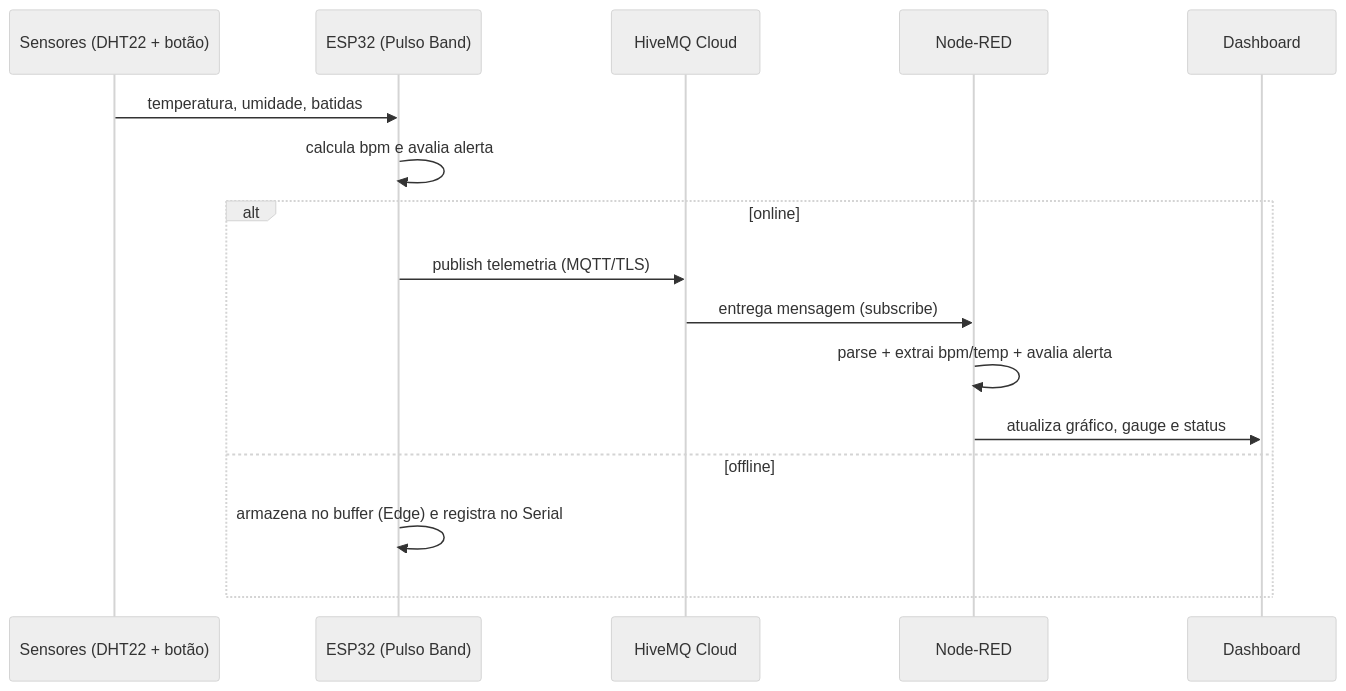
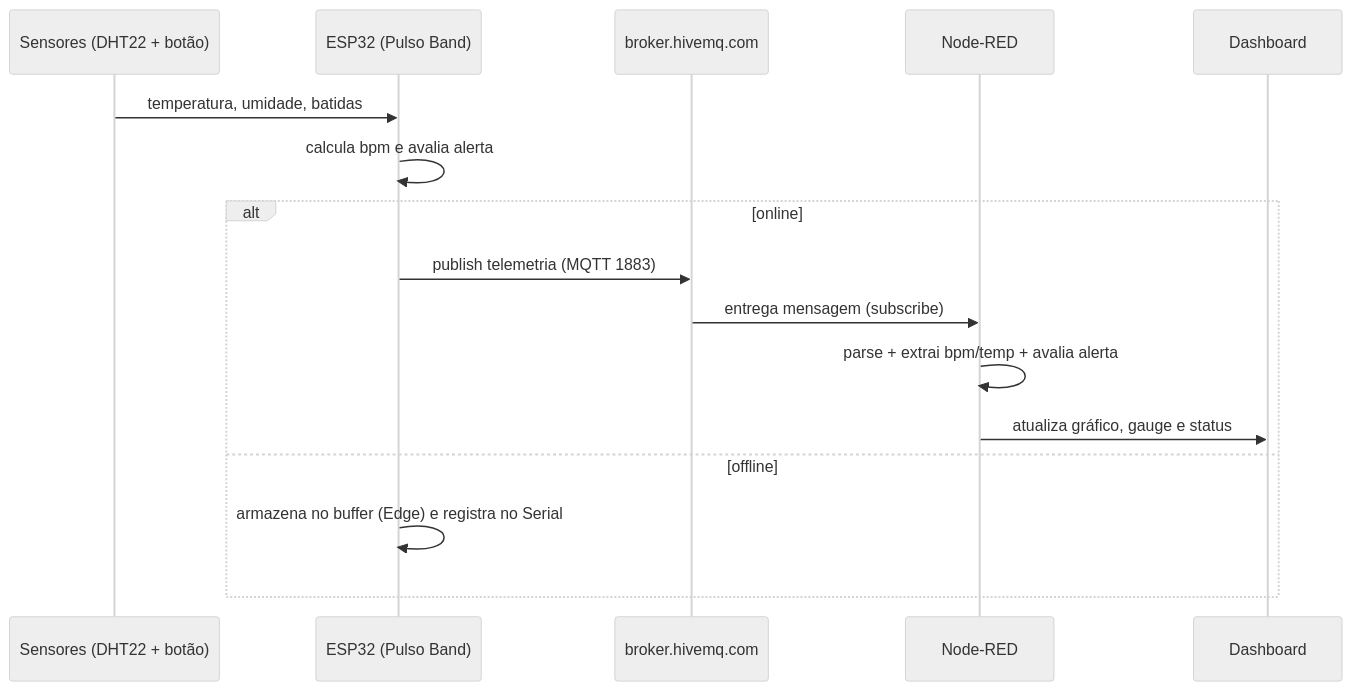
Before and after one commit to flango2023/Pulso_F3: the second of 2 diagrams in docs/relatorio_parte2_mqtt.md, drawn with Mermaid (neutral theme). The commit also changed 1 other file, not shown here.

Commit message:
Revisao final: corrige referencias residuais a TLS nos diagramas, typo SMTP e descricao de assets

````diff
--- a/docs/relatorio_parte2_mqtt.md
+++ b/docs/relatorio_parte2_mqtt.md
@@ -169,19 +169,19 @@
 ```mermaid
 sequenceDiagram
     participant S as Sensores (DHT22 + botão)
     participant E as ESP32 (Pulso Band)
-    participant B as HiveMQ Cloud
+    participant B as broker.hivemq.com
     participant N as Node-RED
     participant D as Dashboard
 
     S->>E: temperatura, umidade, batidas
     E->>E: calcula bpm e avalia alerta
     alt online
-        E->>B: publish telemetria (MQTT/TLS)
+        E->>B: publish telemetria (MQTT 1883)
         B->>N: entrega mensagem (subscribe)
         N->>N: parse + extrai bpm/temp + avalia alerta
         N->>D: atualiza gráfico, gauge e status
     else offline
         E->>E: armazena no buffer (Edge) e registra no Serial
     end
 ```
````
